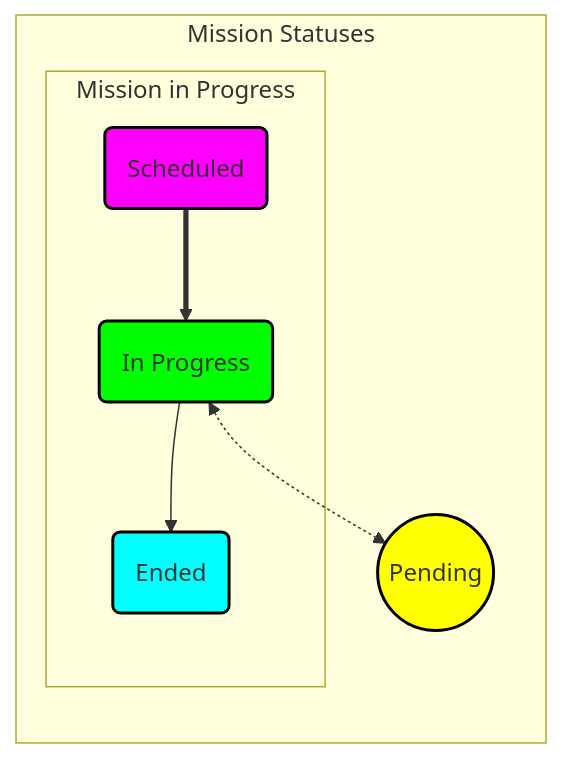
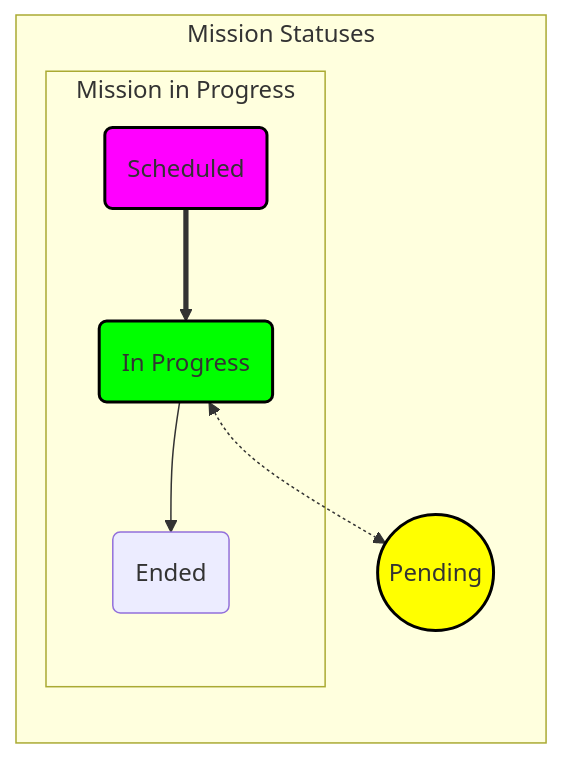
One commit to Ee-Cs/RecruitmentTaskS2 changed the second of 3 diagrams in docs/README.md. Above: the diagram before and after it, drawn with Mermaid. The commit also changed other lines of this file and 1 other file, not shown here.

````diff
--- a/docs/README.md
+++ b/docs/README.md
@@ -72,22 +72,20 @@
 ```mermaid
 flowchart LR
 SCD(Scheduled):::magentaBox
 PND((Pending)):::yellowBox
 PRG(In Progress):::greenBox
 END(Ended):::cyanBox
 
 subgraph "Mission Statuses"
   subgraph "Mission in Progress"
     SCD ==> PRG --> END
   end
   PRG <.-> PND
 end
 
 %% Style Definitions
   classDef redBox fill: #ff6666, stroke: #000, stroke-width: 2px
   classDef greenBox fill: #00ff00, stroke: #000, stroke-width: 2px
-  classDef cyanBox fill: #00ffff, stroke: #000, stroke-width: 2px
   classDef magentaBox fill: #ff00ff, stroke: #000, stroke-width: 2px
   classDef yellowBox fill: #ffff00, stroke: #000, stroke-width: 2px
-  classDef orangeBox  fill: #ffa500,stroke: #000, stroke-width:2px
 ```
````
